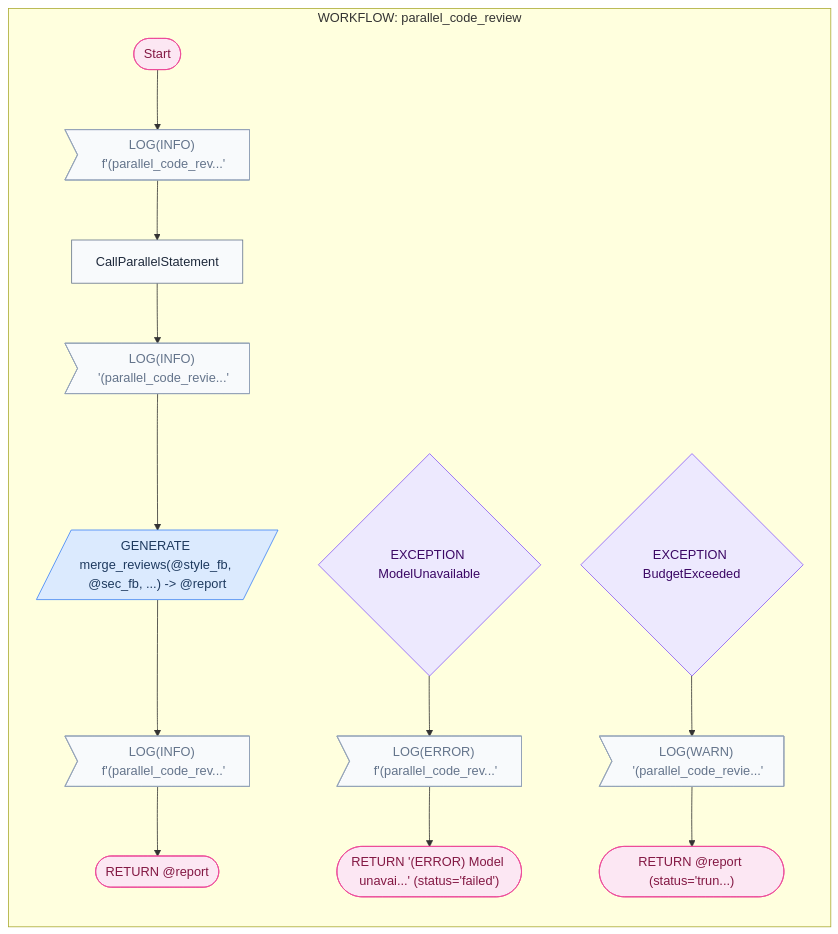
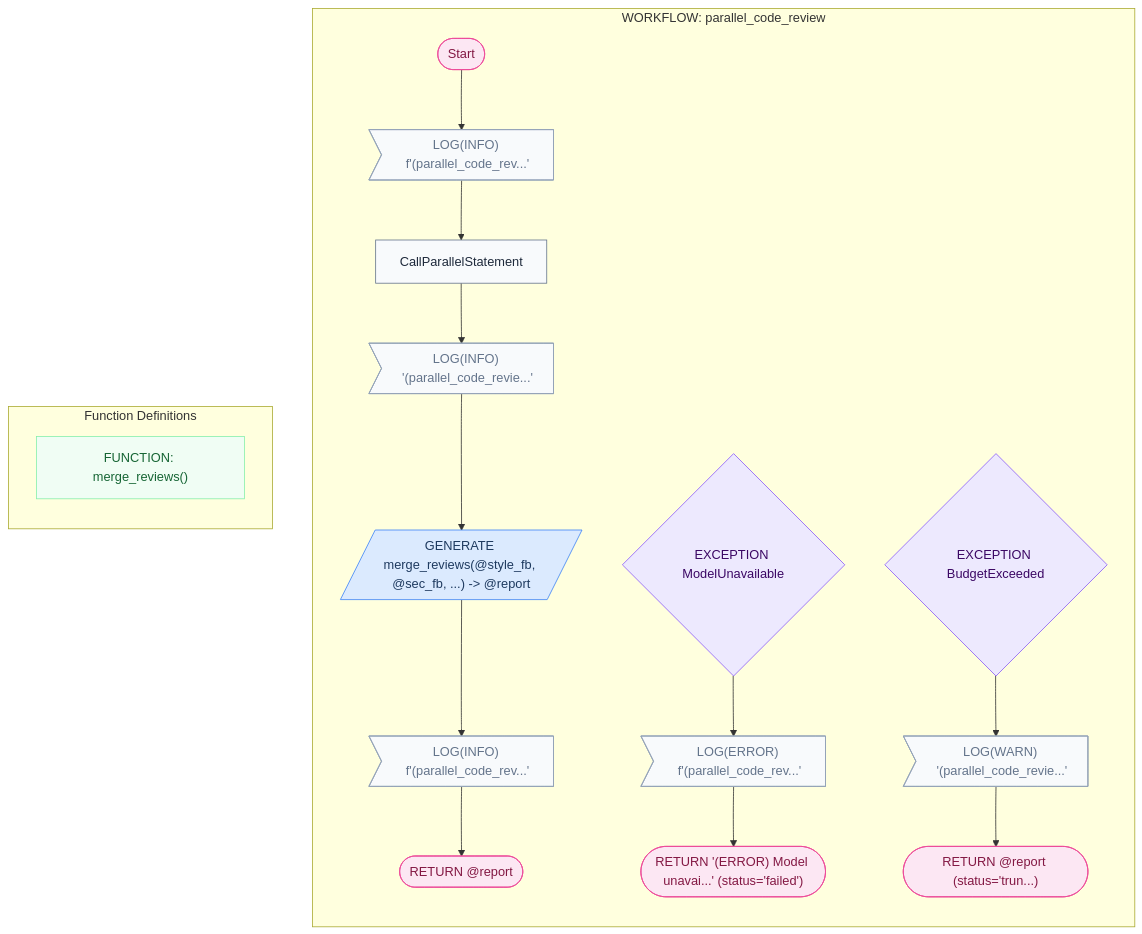
Before and after one commit to digital-duck/SPL.py: the diagram in cookbook/63_parallel_code_review/mermaid/parallel_code_review.md, drawn with Mermaid. The commit also changed 334 other files, not shown here.

````diff
--- a/cookbook/63_parallel_code_review/mermaid/parallel_code_review.md
+++ b/cookbook/63_parallel_code_review/mermaid/parallel_code_review.md
@@ -7,48 +7,53 @@
 ```mermaid
 flowchart TD
     subgraph SG_parallel_code_review["WORKFLOW: parallel_code_review"]
     direction TB
     START1(["Start"])
     LOG2>"LOG(INFO) f'(parallel_code_rev...'"]
     S3["CallParallelStatement"]
     LOG2 --> S3
     LOG4>"LOG(INFO) '(parallel_code_revie...'"]
     S3 --> LOG4
     GEN5[/"GENERATE merge_reviews(@style_fb, @sec_fb, ...) -> @report"/]
     LOG4 --> GEN5
     LOG6>"LOG(INFO) f'(parallel_code_rev...'"]
     GEN5 --> LOG6
     RET7(["RETURN @report"])
     LOG6 --> RET7
     START1 --> LOG2
     EXC8{"EXCEPTION ModelUnavailable"}
     LOG9>"LOG(ERROR) f'(parallel_code_rev...'"]
     RET10(["RETURN '(ERROR) Model unavai...' (status='failed')"])
     LOG9 --> RET10
     EXC8 --> LOG9
     EXC11{"EXCEPTION BudgetExceeded"}
     LOG12>"LOG(WARN) '(parallel_code_revie...'"]
     RET13(["RETURN @report (status='trun...)"])
     LOG12 --> RET13
     EXC11 --> LOG12
     end
+    subgraph FUNCTIONS["Function Definitions"]
+    direction TB
+    FN14["FUNCTION: merge_reviews()"]
+    end
     class START1 term
     class LOG2 log
     class S3 assign
     class LOG4 log
     class GEN5 llm
     class LOG6 log
     class RET7 term
     class EXC8 ctrl
     class LOG9 log
     class RET10 term
     class EXC11 ctrl
     class LOG12 log
     class RET13 term
+    class FN14 fn
     classDef llm fill:#dbeafe,stroke:#3b82f6,color:#1e3a5f
     classDef ctrl fill:#ede9fe,stroke:#8b5cf6,color:#3b0764
     classDef term fill:#fce7f3,stroke:#ec4899,color:#831843
     classDef log fill:#f8fafc,stroke:#94a3b8,color:#64748b
     classDef fn fill:#f0fdf4,stroke:#86efac,color:#166534
     classDef assign fill:#f8fafc,stroke:#64748b,color:#1e293b
 ```
````
